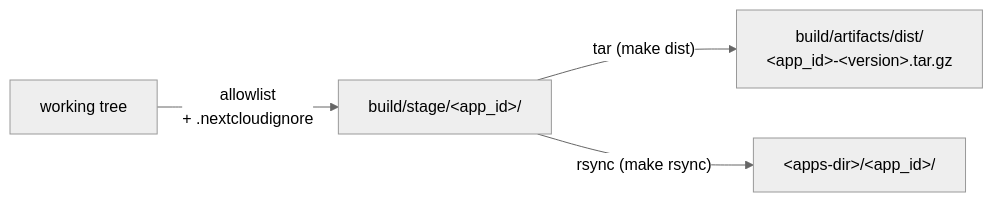
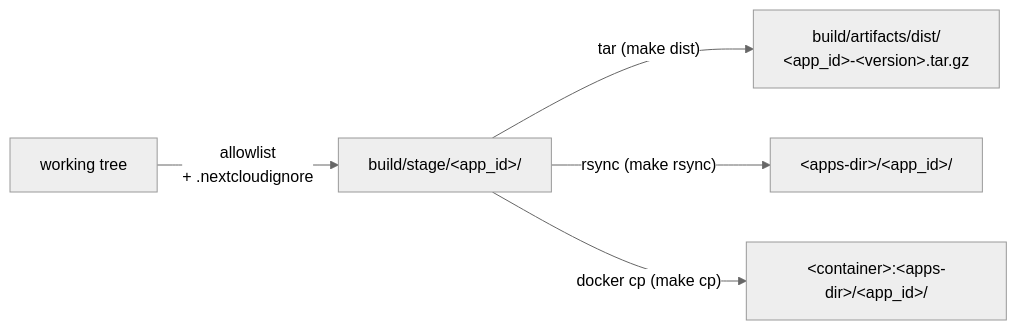
Before and after one commit to ernolf/ncmake: the second of 3 diagrams in README.md, drawn with Mermaid (neutral theme). The commit also changed other lines of this file and 1 other file, not shown here.

Commit message:
feat: add 'make cp' to deploy the staged app into a running container

````diff
--- a/README.md
+++ b/README.md
@@ -144,6 +144,7 @@
 ```mermaid
 flowchart LR
     A[working tree] -- "allowlist<br>+ .nextcloudignore" --> B["build/stage/&lt;app_id&gt;/"]
     B -- "tar (make dist)" --> C["build/artifacts/dist/<br>&lt;app_id&gt;-&lt;version&gt;.tar.gz"]
     B -- "rsync (make rsync)" --> D["&lt;apps-dir&gt;/&lt;app_id&gt;/"]
+    B -- "docker cp (make cp)" --> E["&lt;container&gt;:&lt;apps-dir&gt;/&lt;app_id&gt;/"]
 ```
````
